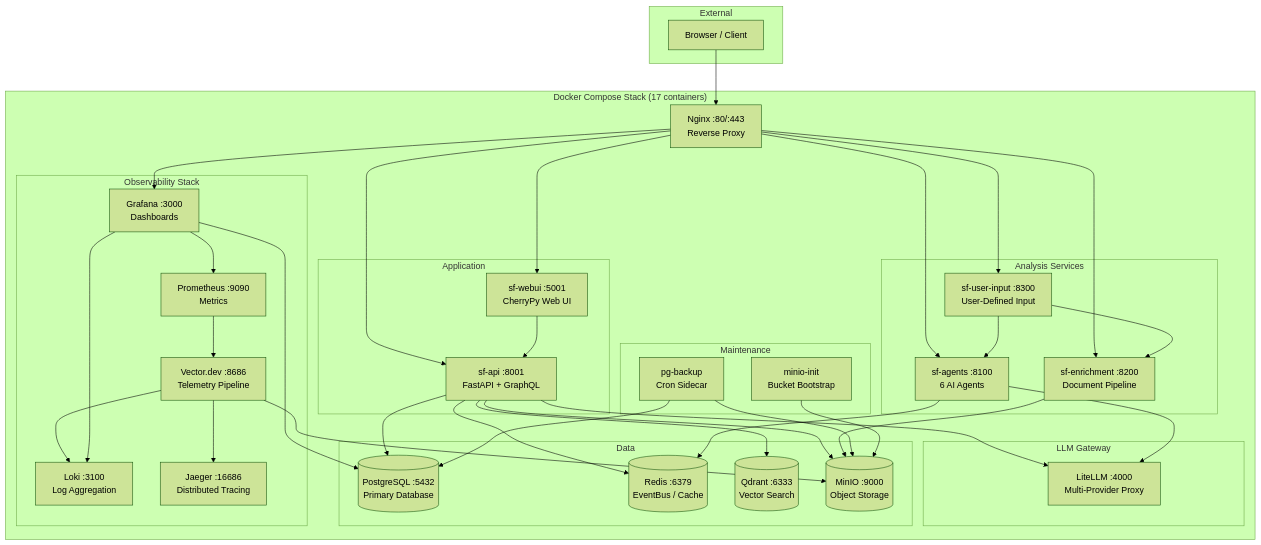
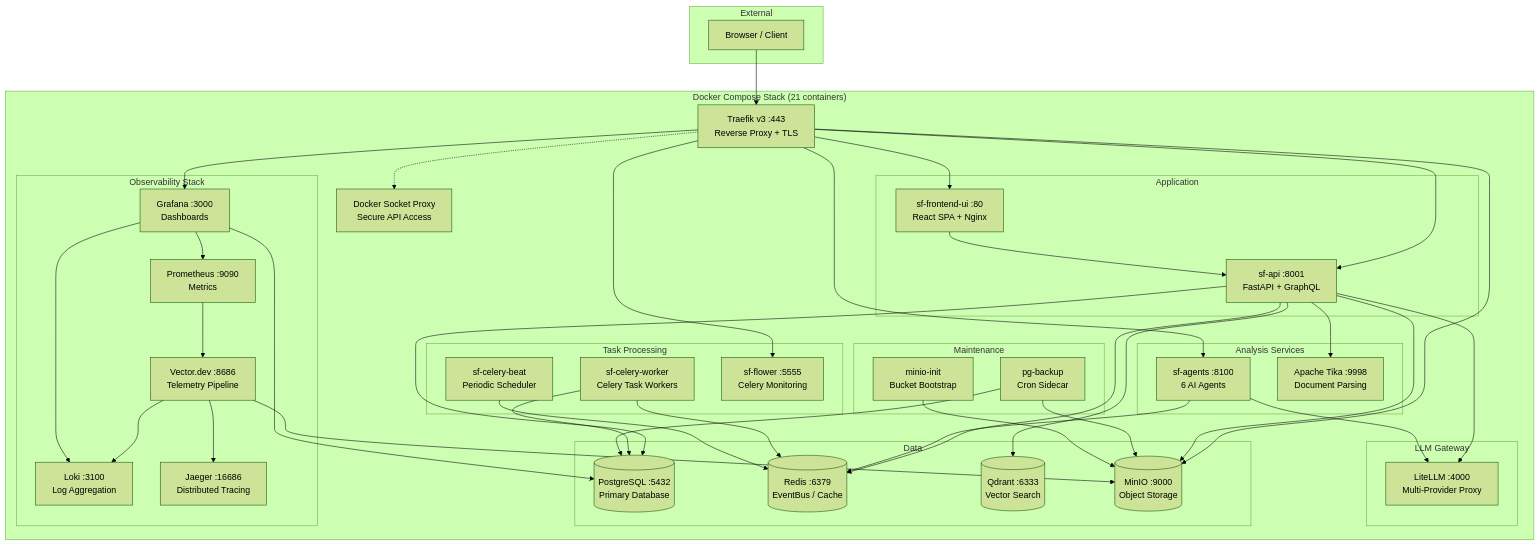
The diagram in README.md (poppopjmp/spiderfoot), drawn with Mermaid (forest theme) before and after one commit. The commit also changed other lines of this file and 25 other files, not shown here.

````diff
--- a/README.md
+++ b/README.md
@@ -47,74 +47,82 @@
 ```mermaid
 graph TB
     subgraph External
         Browser[Browser / Client]
     end
 
-    subgraph Docker["Docker Compose Stack (17 containers)"]
-        NGINX[Nginx :80/:443<br/>Reverse Proxy]
+    subgraph Docker["Docker Compose Stack (21 containers)"]
+        TRAEFIK[Traefik v3 :443<br/>Reverse Proxy + TLS]
+        DSPROXY[Docker Socket Proxy<br/>Secure API Access]
 
         subgraph Application
+            FRONTEND[sf-frontend-ui :80<br/>React SPA + Nginx]
             API[sf-api :8001<br/>FastAPI + GraphQL]
-            WEBUI[sf-webui :5001<br/>CherryPy Web UI]
+        end
+
+        subgraph Workers["Task Processing"]
+            CELERY_W[sf-celery-worker<br/>Celery Task Workers]
+            CELERY_B[sf-celery-beat<br/>Periodic Scheduler]
+            FLOWER[sf-flower :5555<br/>Celery Monitoring]
         end
 
         subgraph Analysis["Analysis Services"]
             AGENTS[sf-agents :8100<br/>6 AI Agents]
-            ENRICHMENT[sf-enrichment :8200<br/>Document Pipeline]
-            USERINPUT[sf-user-input :8300<br/>User-Defined Input]
+            TIKA[Apache Tika :9998<br/>Document Parsing]
         end
 
         subgraph LLM["LLM Gateway"]
             LITELLM[LiteLLM :4000<br/>Multi-Provider Proxy]
         end
 
         subgraph Data
             PG[(PostgreSQL :5432<br/>Primary Database)]
             REDIS[(Redis :6379<br/>EventBus / Cache)]
             QDRANT[(Qdrant :6333<br/>Vector Search)]
             MINIO[(MinIO :9000<br/>Object Storage)]
         end
 
         subgraph Observability["Observability Stack"]
             VECTOR[Vector.dev :8686<br/>Telemetry Pipeline]
             LOKI[Loki :3100<br/>Log Aggregation]
             GRAFANA[Grafana :3000<br/>Dashboards]
             PROMETHEUS[Prometheus :9090<br/>Metrics]
             JAEGER[Jaeger :16686<br/>Distributed Tracing]
         end
 
         subgraph Maintenance
             PGBACKUP[pg-backup<br/>Cron Sidecar]
             MINIOINIT[minio-init<br/>Bucket Bootstrap]
         end
     end
 
-    Browser --> NGINX
-    NGINX --> API
-    NGINX --> WEBUI
-    NGINX --> AGENTS
-    NGINX --> ENRICHMENT
-    NGINX --> USERINPUT
-    NGINX --> GRAFANA
-    WEBUI --> API
+    Browser --> TRAEFIK
+    TRAEFIK --> FRONTEND
+    TRAEFIK --> API
+    TRAEFIK --> AGENTS
+    TRAEFIK --> GRAFANA
+    TRAEFIK --> FLOWER
+    TRAEFIK --> MINIO
+    TRAEFIK -.-> DSPROXY
+    FRONTEND --> API
     API --> PG
     API --> REDIS
     API --> QDRANT
     API --> MINIO
     API --> LITELLM
+    API --> TIKA
     AGENTS --> LITELLM
     AGENTS --> REDIS
-    USERINPUT --> ENRICHMENT
-    USERINPUT --> AGENTS
-    ENRICHMENT --> MINIO
+    CELERY_W --> PG
+    CELERY_W --> REDIS
+    CELERY_B --> REDIS
     VECTOR --> LOKI
     VECTOR --> MINIO
     VECTOR --> JAEGER
     PROMETHEUS --> VECTOR
     GRAFANA --> LOKI
     GRAFANA --> PROMETHEUS
     GRAFANA --> PG
     PGBACKUP --> PG
     PGBACKUP --> MINIO
     MINIOINIT --> MINIO
 ```
````
